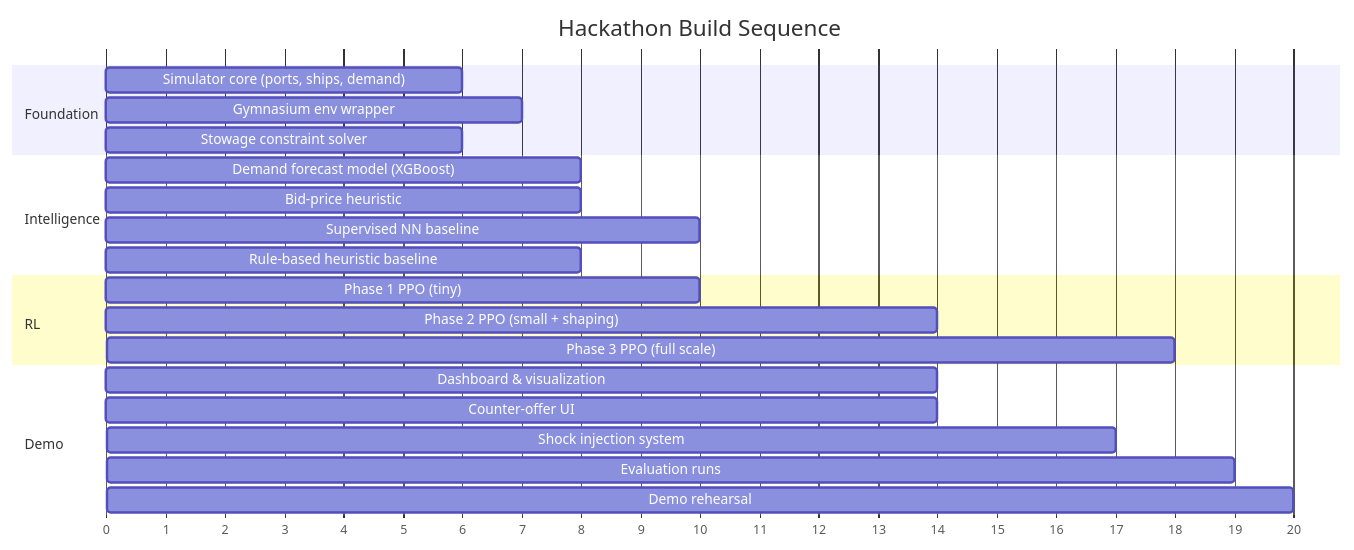
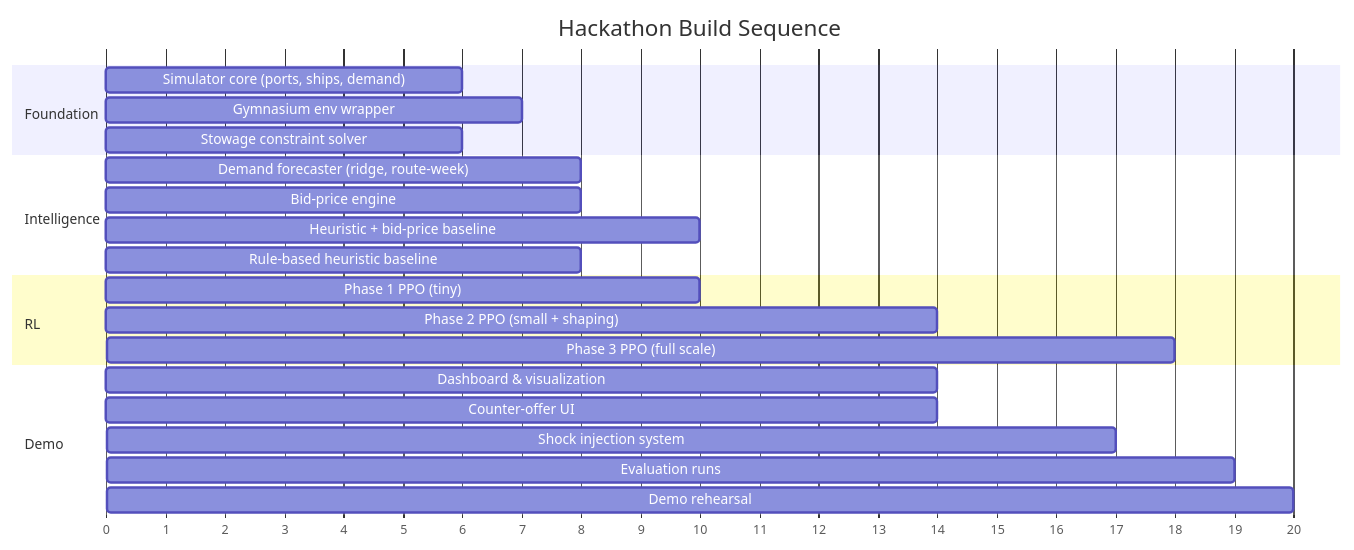
Before and after one commit to Abhinav-Prabhakar/Dock: the diagram in plan.md, drawn with Mermaid. The commit also changed other lines of this file and 27 other files, not shown here.

First line of the commit message:
Close the demand oracle: forecaster-driven pricing, obs, and demo export

````diff
--- a/plan.md
+++ b/plan.md
@@ -598,29 +598,29 @@
 ```mermaid
 gantt
     title Hackathon Build Sequence
     dateFormat X
     axisFormat %s
 
     section Foundation
     Simulator core (ports, ships, demand)       :a1, 0, 6
     Gymnasium env wrapper                       :a2, 4, 7
     Stowage constraint solver                   :a3, 2, 6
 
     section Intelligence
-    Demand forecast model (XGBoost)             :b1, 5, 8
-    Bid-price heuristic                         :b2, 5, 8
-    Supervised NN baseline                      :b3, 7, 10
+    Demand forecaster (ridge, route-week)       :b1, 5, 8
+    Bid-price engine                            :b2, 5, 8
+    Heuristic + bid-price baseline              :b3, 7, 10
     Rule-based heuristic baseline               :b4, 6, 8
 
     section RL
     Phase 1 PPO (tiny)                          :c1, 7, 10
     Phase 2 PPO (small + shaping)               :c2, 10, 14
     Phase 3 PPO (full scale)                    :c3, 14, 18
 
     section Demo
     Dashboard & visualization                   :d1, 8, 14
     Counter-offer UI                            :d2, 10, 14
     Shock injection system                      :d3, 14, 17
     Evaluation runs                             :d4, 17, 19
     Demo rehearsal                              :d5, 19, 20
 ```
````
